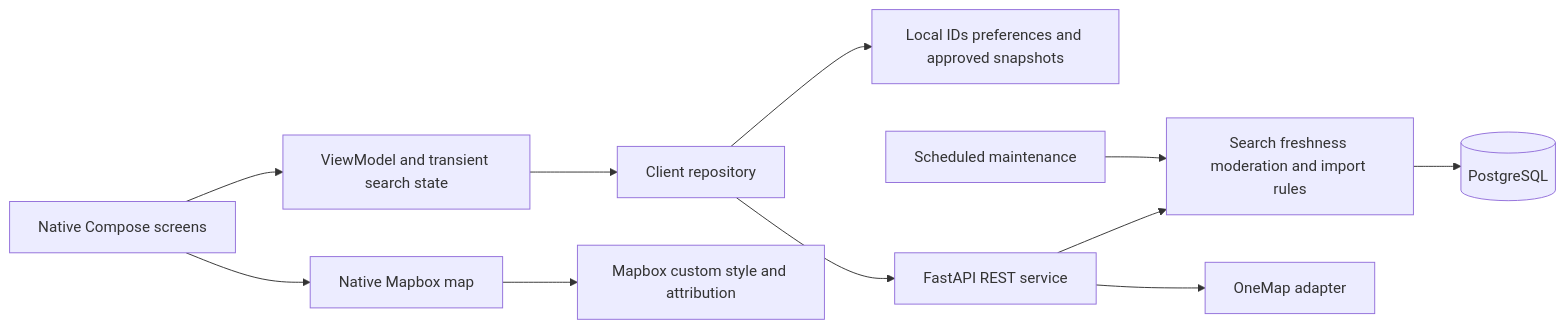
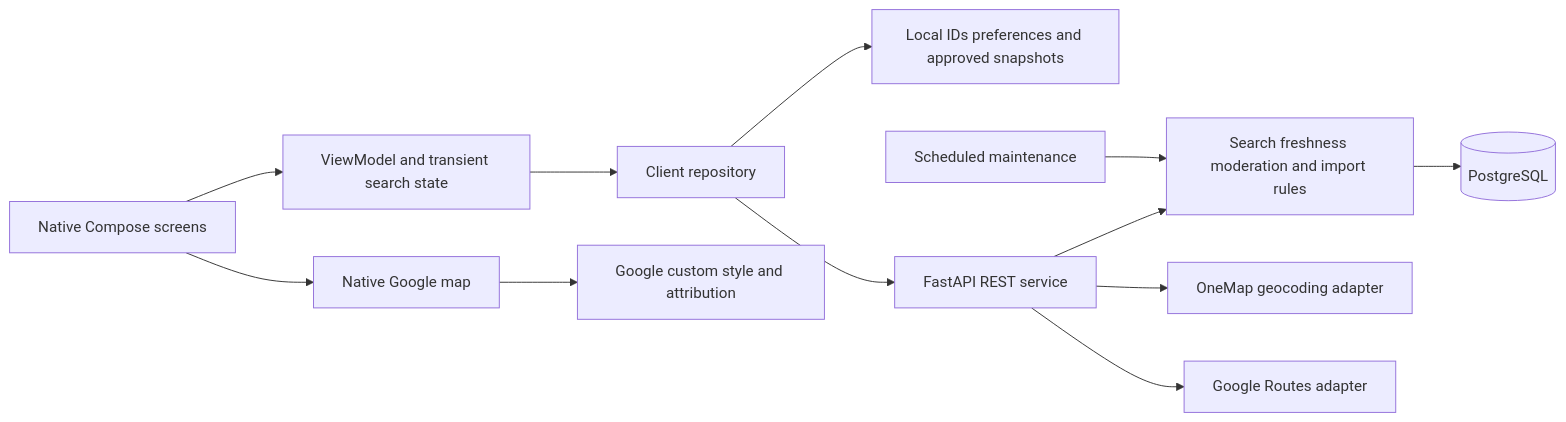
The diagram in docs/BUILD_PLAN.md (voltyyyyyy/foodapp), drawn with Mermaid before and after one commit. The commit also changed other lines of this file and 16 other files, not shown here.

Commit message:
changed map provider to google maps

````diff
--- a/docs/BUILD_PLAN.md
+++ b/docs/BUILD_PLAN.md
@@ -79,13 +79,14 @@
 ```mermaid
 flowchart LR
   UI[Native Compose screens] --> VM[ViewModel and transient search state]
   VM --> Repo[Client repository]
   Repo --> Local[Local IDs preferences and approved snapshots]
   Repo --> API[FastAPI REST service]
   API --> Rules[Search freshness moderation and import rules]
   Rules --> DB[(PostgreSQL)]
-  API --> OM[OneMap adapter]
+  API --> OM[OneMap geocoding adapter]
+  API --> Routes[Google Routes adapter]
   Jobs[Scheduled maintenance] --> Rules
-  UI --> Map[Native Mapbox map]
-  Map --> Tiles[Mapbox custom style and attribution]
+  UI --> Map[Native Google map]
+  Map --> Tiles[Google custom style and attribution]
 ```
````
